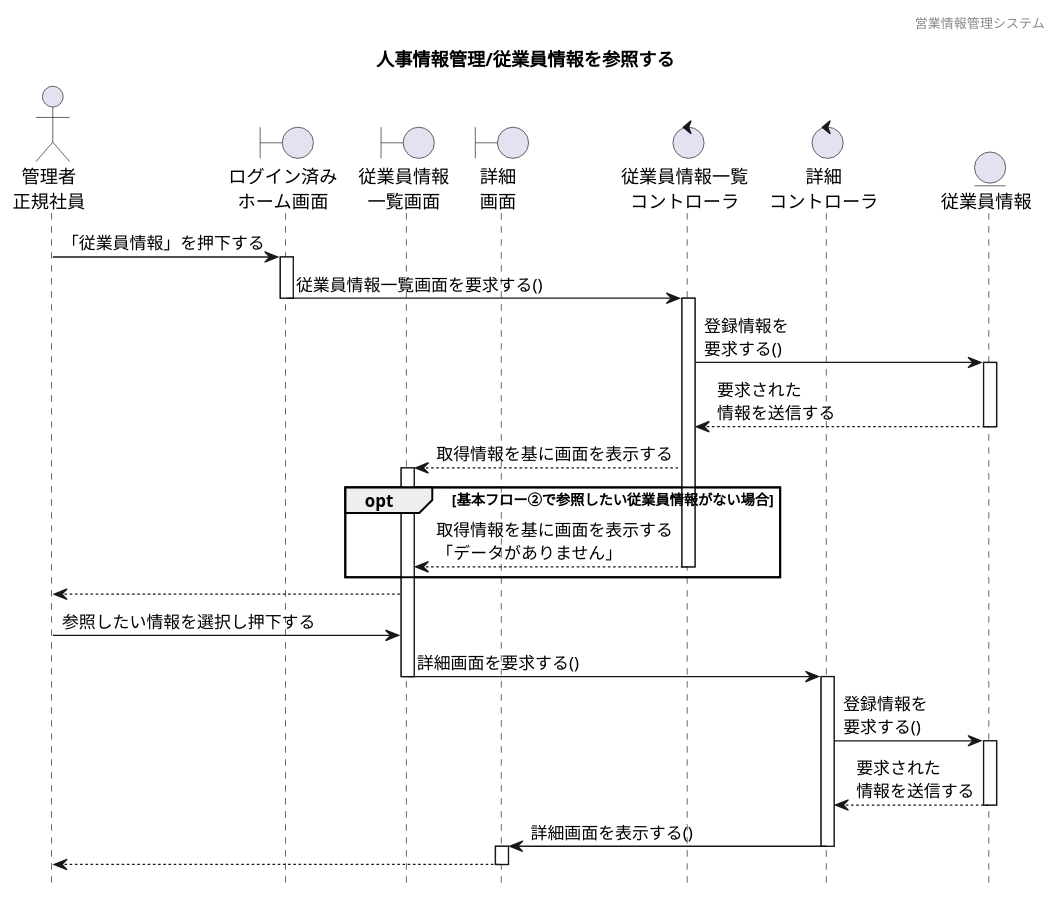
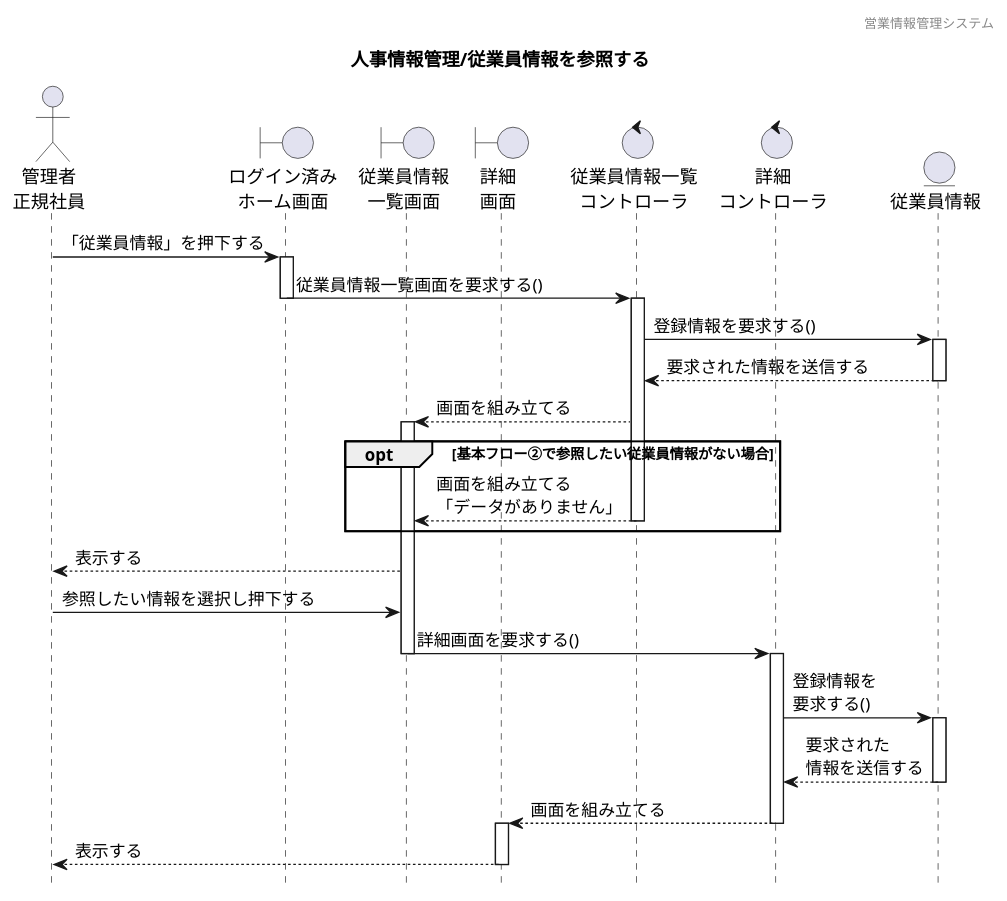
Before and after one commit to HaruShim/Sotuken: the diagram in 各種設計書/4シーケンス図/マスタ管理/1.従業員情報マスタ/従業員情報管理_参照.plantuml, drawn with PlantUML. The commit also changed 1 other file, not shown here.

```diff
--- a/各種設計書/4シーケンス図/マスタ管理/1.従業員情報マスタ/従業員情報管理_参照.plantuml
+++ b/各種設計書/4シーケンス図/マスタ管理/1.従業員情報マスタ/従業員情報管理_参照.plantuml
@@ -1,66 +1,66 @@
 @startuml シーケンス図
 
 ' 下アイコン除去
 hide footbox
 ' ヘッダー
 header 営業情報管理システム
 ' タイトル
 title 人事情報管理/従業員情報を参照する
 
 
 ' actor "" as 
 actor "管理者\n正規社員" as a1
 
 ' boundary "" as 
 boundary "ログイン済み\nホーム画面" as b1
 boundary "従業員情報\n一覧画面" as b2
 boundary "詳細\n画面" as b3
 
 ' control "" as 
 control "従業員情報一覧\nコントローラ" as c1
 control "詳細\nコントローラ" as c2
 
 ' entity "" as
 entity "従業員情報" as e1
 
 
 ' ログイン済みホーム画面から一覧表示までのシーケンス
 a1 -> b1 : 「従業員情報」を押下する
 activate b1
 b1 -> c1 : 従業員情報一覧画面を要求する()
 deactivate b1
 activate c1
-c1 -> e1 : 登録情報を\n要求する()
+c1 -> e1 : 登録情報を要求する()
 activate e1
-c1 <-- e1 : 要求された\n情報を送信する
+c1 <-- e1 : 要求された情報を送信する
 deactivate e1
-b2 <-- c1 : 取得情報を基に画面を表示する
+b2 <-- c1 : 画面を組み立てる
 activate b2
 
 ' 代替フロー
 opt 基本フロー②で参照したい従業員情報がない場合
-b2 <-- c1 : 取得情報を基に画面を表示する\n「データがありません」
+b2 <-- c1 : 画面を組み立てる\n「データがありません」
 deactivate c1
 end
 
 activate b2
-a1 <-- b2
+a1 <-- b2 : 表示する
 a1 -> b2 : 参照したい情報を選択し押下する
 b2 -> c2 : 詳細画面を要求する()
 deactivate b2
 activate c2
 
 
 c2 -> e1 : 登録情報を\n要求する()
 activate e1
 c2 <-- e1 : 要求された\n情報を送信する
 deactivate e1
-b3 <- c2 : 詳細画面を表示する()
+b3 <-- c2 : 画面を組み立てる
 deactivate c2
 activate b3
-a1 <-- b3
+a1 <-- b3 : 表示する
 deactivate b3
 
 
 
 @enduml
```
